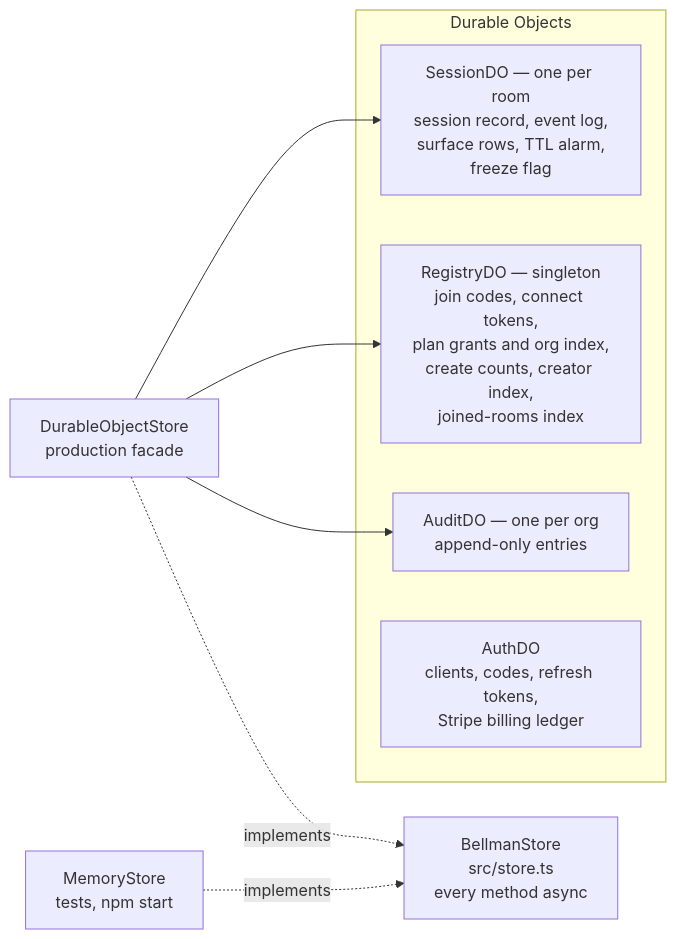
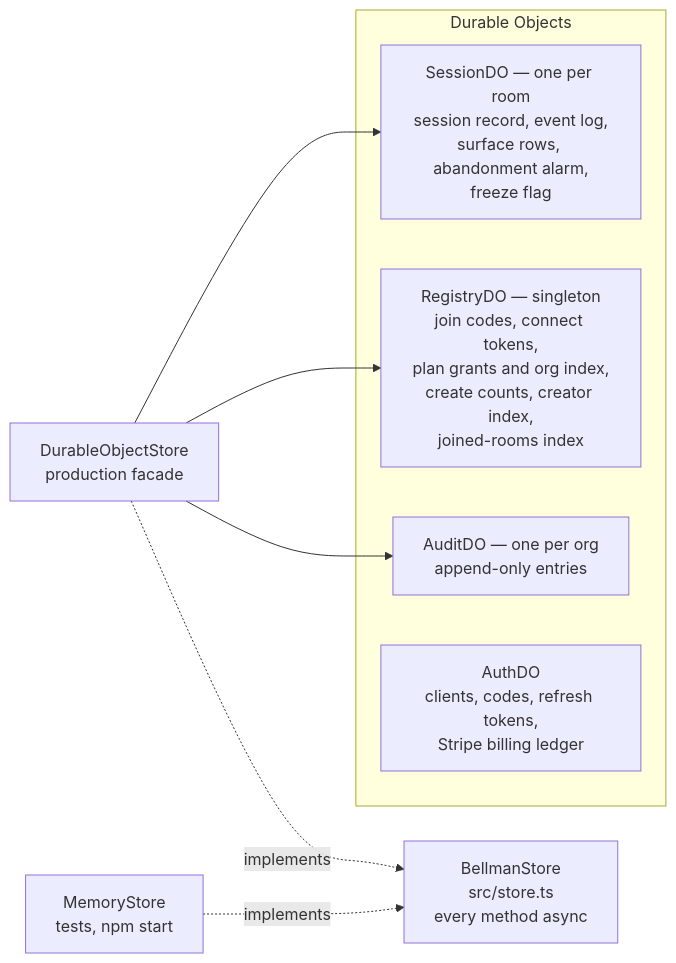
One commit to bellman-sh/bellman changed the fourth of 7 diagrams in docs/ARCHITECTURE.md. Above: the diagram before and after it, drawn with Mermaid. The commit also changed other lines of this file and 7 other files, not shown here.

````diff
--- a/docs/ARCHITECTURE.md
+++ b/docs/ARCHITECTURE.md
@@ -389,17 +390,17 @@
 ```mermaid
 flowchart LR
     BS["BellmanStore<br/>src/store.ts<br/>every method async"]
     MEM["MemoryStore<br/>tests, npm start"] -.implements.-> BS
     DOS["DurableObjectStore<br/>production facade"] -.implements.-> BS
 
     DOS --> SDO
     DOS --> RDO
     DOS --> ADO
 
     subgraph objects["Durable Objects"]
-        SDO["SessionDO — one per room<br/>session record, event log,<br/>surface rows, TTL alarm,<br/>freeze flag"]
+        SDO["SessionDO — one per room<br/>session record, event log,<br/>surface rows, abandonment alarm,<br/>freeze flag"]
         RDO["RegistryDO — singleton<br/>join codes, connect tokens,<br/>plan grants and org index,<br/>create counts, creator index,<br/>joined-rooms index"]
         ADO["AuditDO — one per org<br/>append-only entries"]
         AUTH["AuthDO<br/>clients, codes, refresh tokens,<br/>Stripe billing ledger"]
     end
 ```
````
